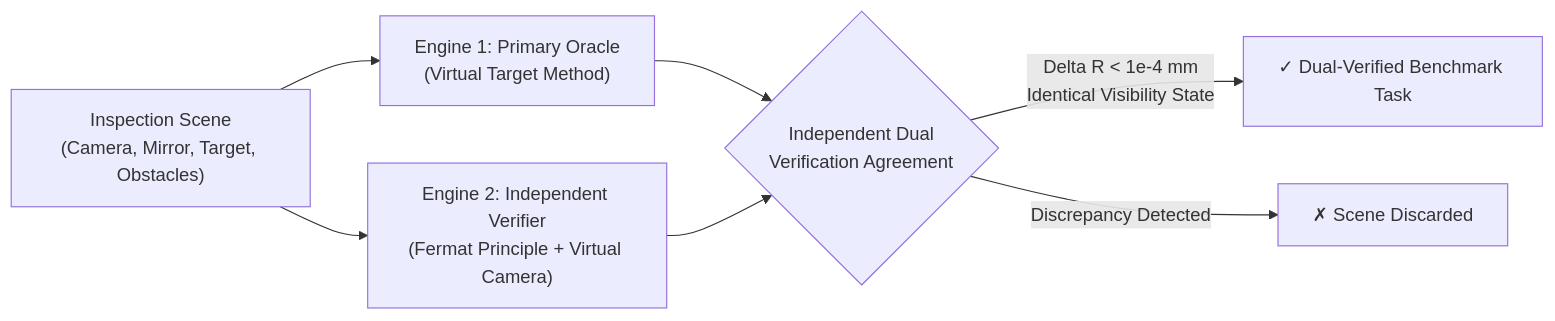
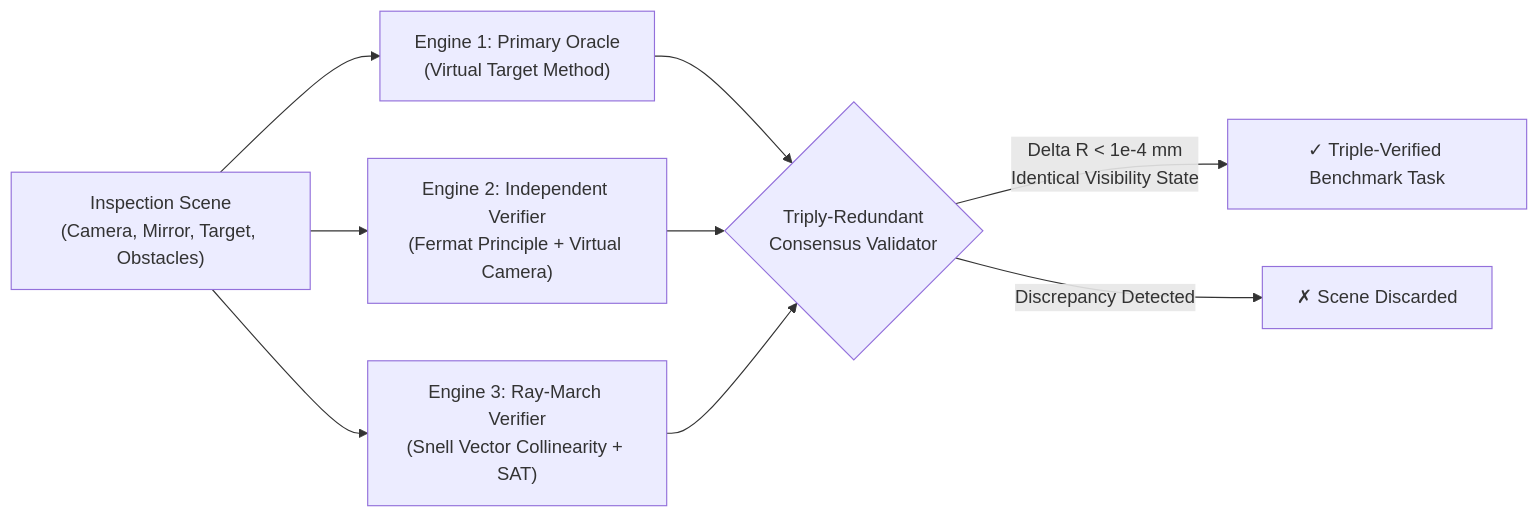
The second of 2 diagrams in README.md (arnevmalikugdsai2030-ops/abc), drawn with Mermaid before and after one commit. The commit also changed other lines of this file and 73 other files, not shown here.

````diff
--- a/README.md
+++ b/README.md
@@ -104,9 +107,11 @@
 ```mermaid
 flowchart LR
     Scene["Inspection Scene<br/>(Camera, Mirror, Target, Obstacles)"] --> Engine1["Engine 1: Primary Oracle<br/>(Virtual Target Method)"]
     Scene --> Engine2["Engine 2: Independent Verifier<br/>(Fermat Principle + Virtual Camera)"]
-    Engine1 --> Comp{"Independent Dual<br/>Verification Agreement"}
+    Scene --> Engine3["Engine 3: Ray-March Verifier<br/>(Snell Vector Collinearity + SAT)"]
+    Engine1 --> Comp{"Triply-Redundant<br/>Consensus Validator"}
     Engine2 --> Comp
-    Comp -->|Delta R < 1e-4 mm<br/>Identical Visibility State| BenchmarkReady["✓ Dual-Verified Benchmark Task"]
+    Engine3 --> Comp
+    Comp -->|Delta R < 1e-4 mm<br/>Identical Visibility State| BenchmarkReady["✓ Triple-Verified Benchmark Task"]
     Comp -->|Discrepancy Detected| Reject["✗ Scene Discarded"]
 ```
````
